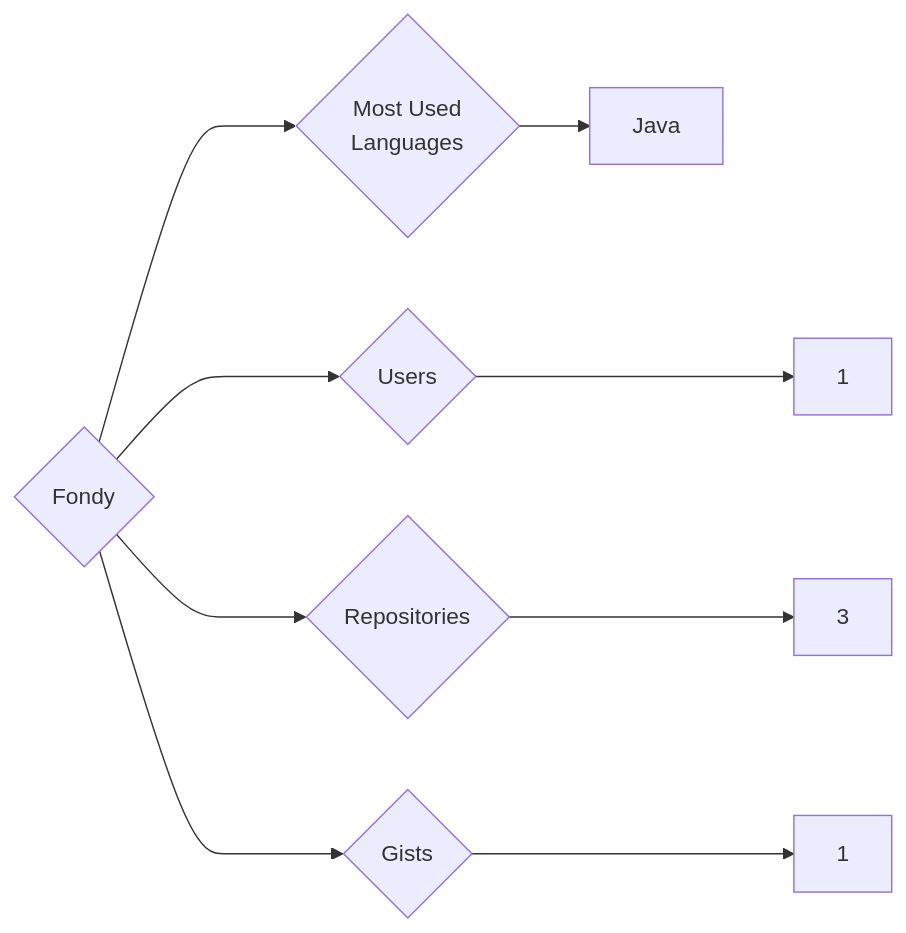
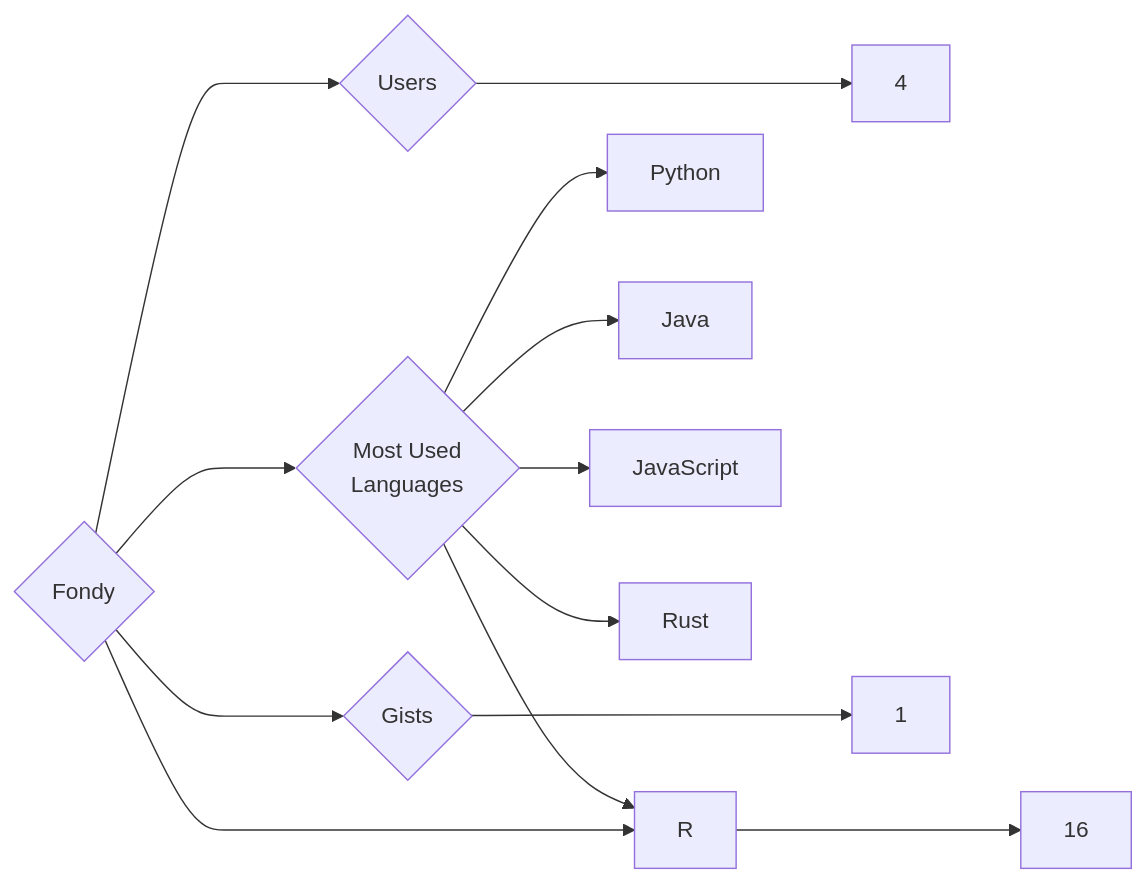
Before and after one commit to trickest/insiders: the diagram in targets/Fondy/README.md, drawn with Mermaid. The commit also changed 757 other files, not shown here.

````diff
--- a/targets/Fondy/README.md
+++ b/targets/Fondy/README.md
@@ -3,9 +3,13 @@
 ```mermaid
 graph LR
 COMPANY_NAME{Fondy}
-COMPANY_NAME ---> U{Users} ---> UN[1]
-COMPANY_NAME ---> R{Repositories} ---> RN[3]
+COMPANY_NAME ---> U{Users} ---> UN[4]
+COMPANY_NAME ---> R{Repositories} ---> RN[16]
 COMPANY_NAME ---> G{Gists} ---> GN[1]
 COMPANY_NAME ---> ML{Most Used<br>Languages}
+ML --> Python[Python]
 ML --> Java[Java]
+ML --> JavaScript[JavaScript]
+ML --> Rust[Rust]
+ML --> R[R]
 ```
````
